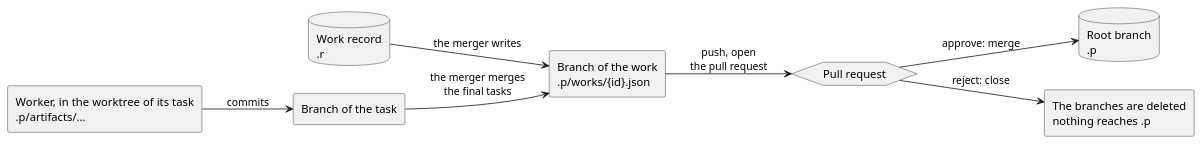
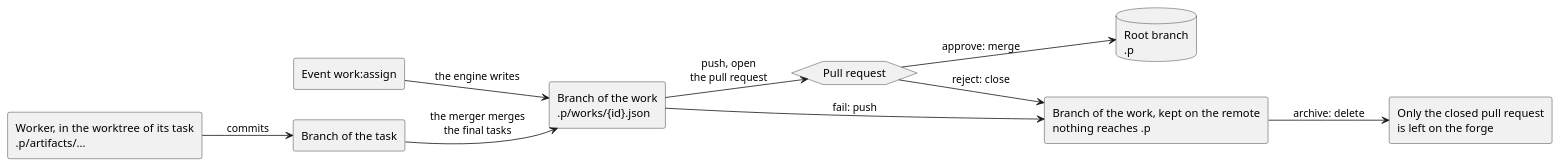
Before and after one commit to longlh/superteam: the first of 2 diagrams in docs/06_runtime/data-flow.md, drawn with PlantUML. The commit also changed other lines of this file and 18 other files, not shown here.

First line of the commit message:
Keep a work on its branch instead of a record in the runtime storage

````diff
--- a/docs/06_runtime/data-flow.md
+++ b/docs/06_runtime/data-flow.md
@@ -31,19 +30,22 @@
 ```plantuml
 @startuml
 left to right direction
-database "Work record\n.r" as rec
+rectangle "Event work:assign" as ev
 rectangle "Branch of the work\n.p/works/{id}.json" as wb
 rectangle "Worker, in the worktree of its task\n.p/artifacts/..." as worker
 rectangle "Branch of the task" as tb
 hexagon "Pull request" as pr
 database "Root branch\n.p" as root
-rectangle "The branches are deleted\nnothing reaches .p" as none
+rectangle "Branch of the work, kept on the remote\nnothing reaches .p" as kept
+rectangle "Only the closed pull request\nis left on the forge" as gone
 
-rec --> wb : the merger writes
+ev --> wb : the engine writes
 worker --> tb : commits
 tb --> wb : the merger merges\nthe final tasks
 wb --> pr : push, open\nthe pull request
 pr --> root : approve: merge
-pr --> none : reject: close
+wb --> kept : fail: push
+pr --> kept : reject: close
+kept --> gone : archive: delete
 @enduml
 ```
````
